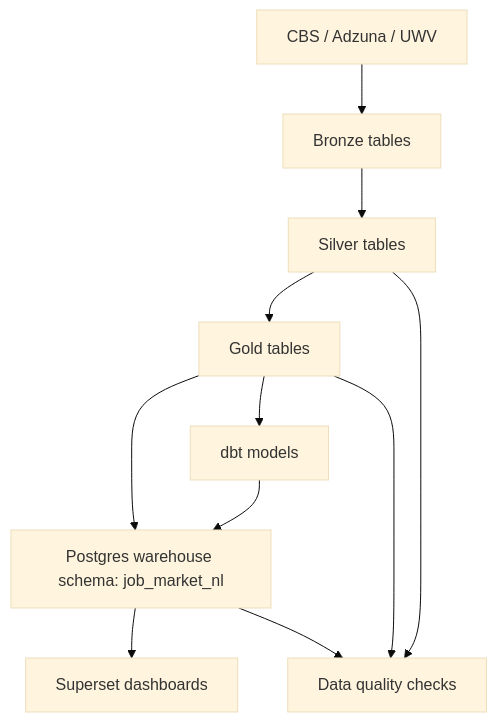
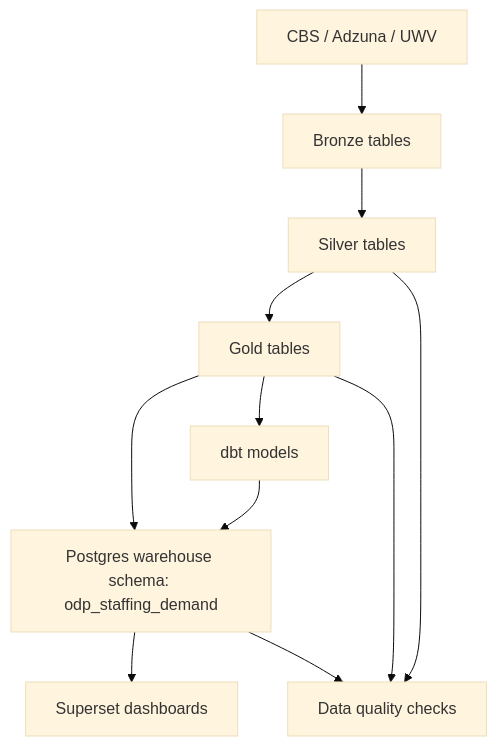
Before and after one commit to fresh-minds/FreshDataPlatform: the second of 3 diagrams in ARCHITECTURE.md, drawn with Mermaid (base theme). The commit also changed other lines of this file and 187 other files, not shown here.

````diff
--- a/ARCHITECTURE.md
+++ b/ARCHITECTURE.md
@@ -83,15 +84,15 @@
 ```mermaid
 flowchart TD
   A["CBS / Adzuna / UWV"] --> B["Bronze tables"]
   B --> C["Silver tables"]
   C --> D["Gold tables"]
-  D --> E["Postgres warehouse schema: job_market_nl"]
+  D --> E["Postgres warehouse schema: odp_staffing_demand"]
   E --> F["Superset dashboards"]
 
   D --> G["dbt models"]
   G --> E
 
   C --> H["Data quality checks"]
   D --> H
   E --> H
 ```
````
